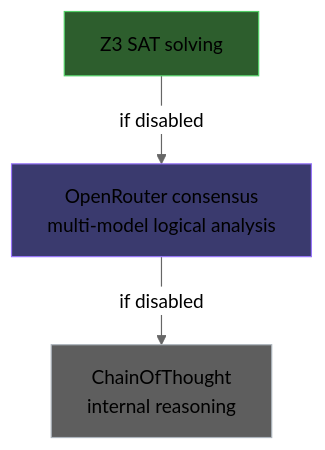
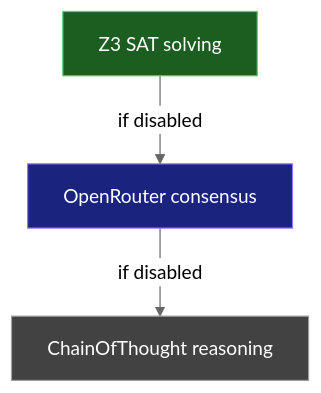
The fourth of 4 diagrams in lab/12_formal_evolution/README.md (OctAg0nO/lab-experiments), drawn with Mermaid (neutral theme) before and after one commit. The commit also changed other lines of this file, not shown here.

First line of the commit message:
Optimize all 4 Mermaid diagrams for GitHub rendering

````diff
--- a/lab/12_formal_evolution/README.md
+++ b/lab/12_formal_evolution/README.md
@@ -372,9 +380,10 @@
 ```mermaid
 flowchart TB
-    Z3[Z3 SAT solving] -->|if disabled| OR[OpenRouter consensus<br/>multi-model logical analysis]
-    OR -->|if disabled| COT[ChainOfThought<br/>internal reasoning]
+    Z3[Z3 SAT solving] -->|if disabled| OR[OpenRouter consensus]
+    OR -->|if disabled| COT[ChainOfThought reasoning]
 
-    style Z3 fill:#2d5e2d,stroke:#51cf66
-    style OR fill:#3a3a6e,stroke:#9775fa
-    style COT fill:#5e5e5e,stroke:#adb5bd
+    %% Styles
+    style Z3 fill:#1b5e20,stroke:#51cf66,color:#fff
+    style OR fill:#1a237e,stroke:#9775fa,color:#fff
+    style COT fill:#424242,stroke:#9e9e9e,color:#fff
 ```
````
